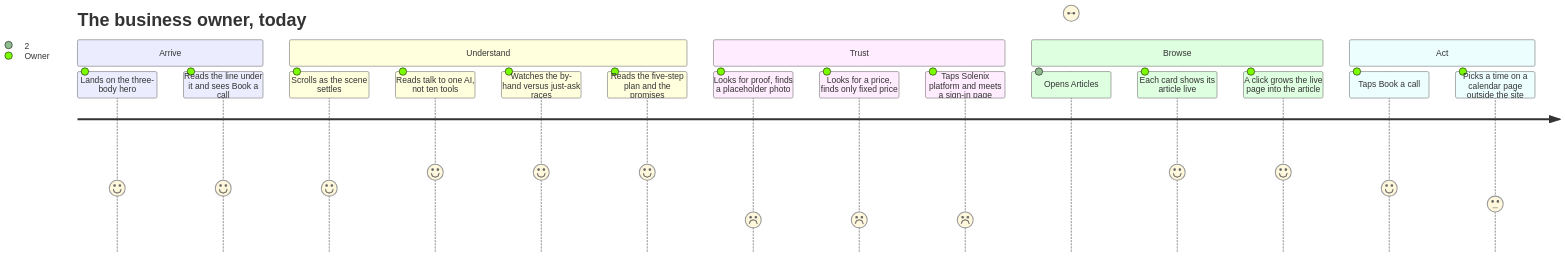
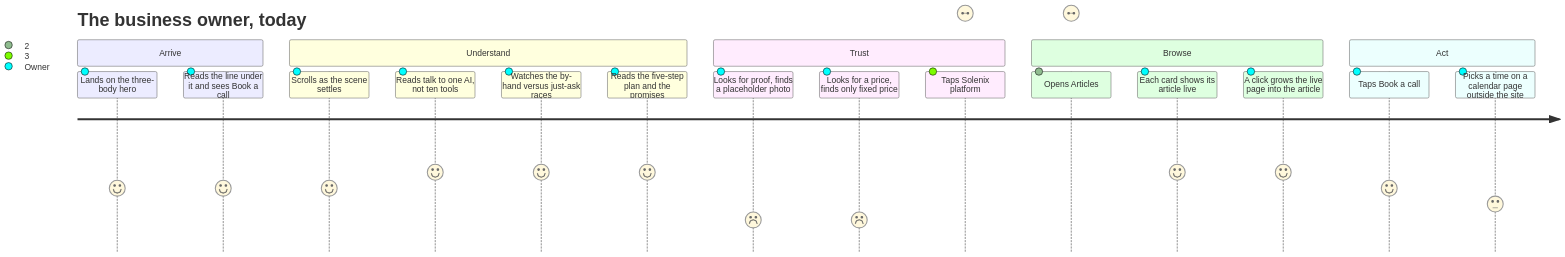
The third of 8 diagrams in design/journeys.md (SolenixAI/solenix.dev), drawn with Mermaid before and after one commit. The commit also changed other lines of this file and 84 other files, not shown here.

````diff
--- a/design/journeys.md
+++ b/design/journeys.md
@@ -113,23 +105,23 @@
 ```mermaid
 journey
   title The business owner, today
   section Arrive
     Lands on the three-body hero: 4: Owner
     Reads the line under it and sees Book a call: 4: Owner
   section Understand
     Scrolls as the scene settles: 4: Owner
     Reads talk to one AI, not ten tools: 5: Owner
     Watches the by-hand versus just-ask races: 5: Owner
     Reads the five-step plan and the promises: 5: Owner
   section Trust
     Looks for proof, finds a placeholder photo: 2: Owner
     Looks for a price, finds only fixed price: 2: Owner
-    Taps Solenix platform and meets a sign-in page: 2: Owner
+    Taps Solenix platform: being rebuilt, Book a call: 3: Owner
   section Browse
     Opens Articles: a heading block, cards below: 2: Owner
     Each card shows its article live: 5: Owner
     A click grows the live page into the article: 5: Owner
   section Act
     Taps Book a call: 4: Owner
     Picks a time on a calendar page outside the site: 3: Owner
 ```
````
